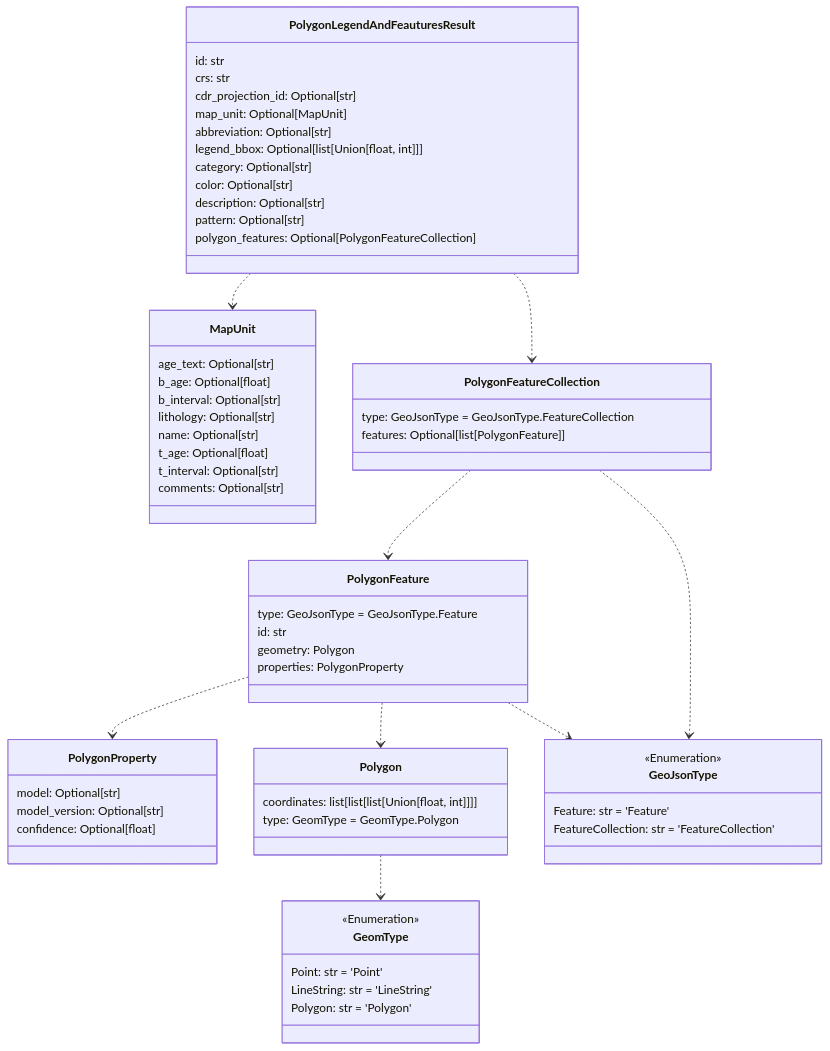
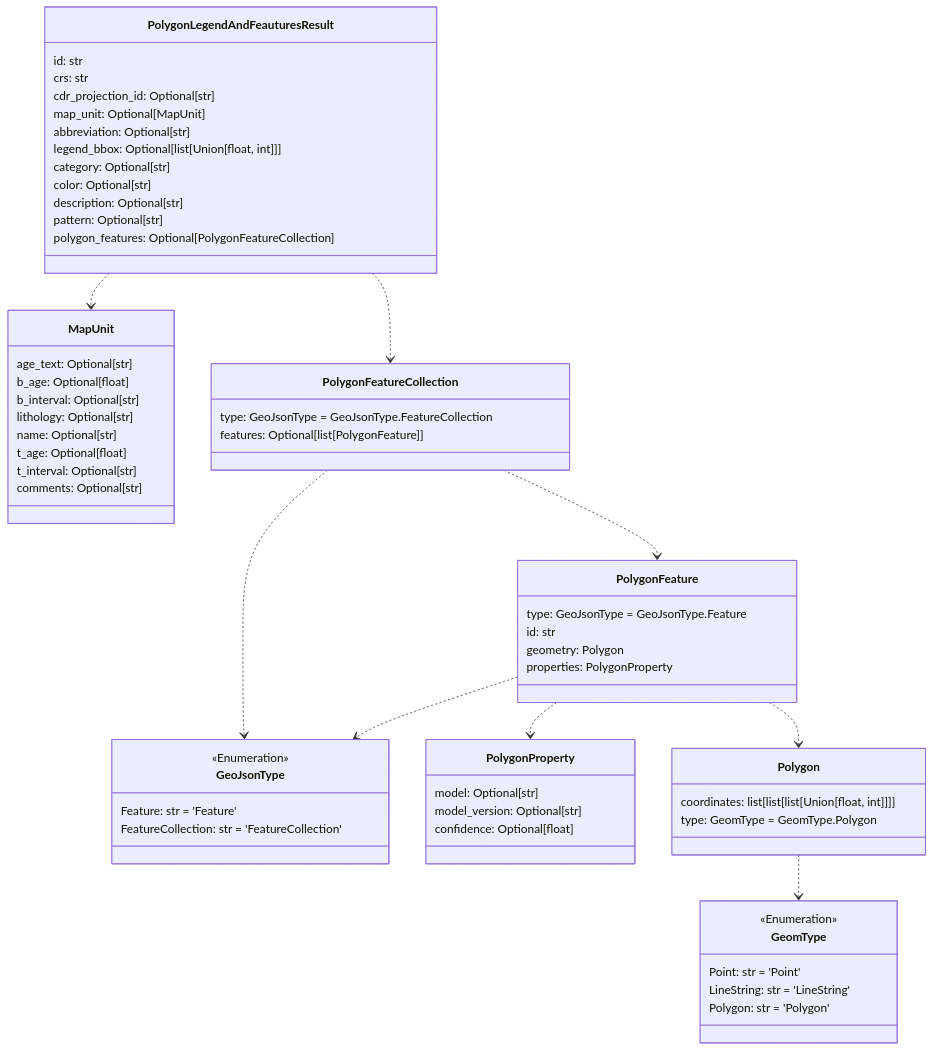
One commit to DARPA-CRITICALMAAS/cdr_schemas changed the sixth of 11 diagrams in README.md. Above: the diagram before and after it, drawn with Mermaid. The commit also changed other lines of this file and 6 other files, not shown here.

Commit message:
ta2 schemas, docs, results changes

````diff
--- a/README.md
+++ b/README.md
@@ -425,75 +425,75 @@
 ```mermaid
 classDiagram
 
-    class PolygonFeatureCollection {
-        type: GeoJsonType = GeoJsonType.FeatureCollection
-        features: Optional[list[PolygonFeature]]
+    class PolygonLegendAndFeauturesResult {
+        id: str
+        crs: str
+        cdr_projection_id: Optional[str]
+        map_unit: Optional[MapUnit]
+        abbreviation: Optional[str]
+        legend_bbox: Optional[list[Union[float, int]]]
+        category: Optional[str]
+        color: Optional[str]
+        description: Optional[str]
+        pattern: Optional[str]
+        polygon_features: Optional[PolygonFeatureCollection]
     }
 
-    class GeomType {
-        <<Enumeration>>
-        Point: str = 'Point'
-        LineString: str = 'LineString'
-        Polygon: str = 'Polygon'
+    class PolygonProperty {
+        model: Optional[str]
+        model_version: Optional[str]
+        confidence: Optional[float]
     }
 
     class PolygonFeature {
         type: GeoJsonType = GeoJsonType.Feature
         id: str
         geometry: Polygon
         properties: PolygonProperty
     }
 
     class GeoJsonType {
         <<Enumeration>>
         Feature: str = 'Feature'
         FeatureCollection: str = 'FeatureCollection'
     }
 
     class Polygon {
         coordinates: list[list[list[Union[float, int]]]]
         type: GeomType = GeomType.Polygon
     }
 
-    class PolygonProperty {
-        model: Optional[str]
-        model_version: Optional[str]
-        confidence: Optional[float]
+    class PolygonFeatureCollection {
+        type: GeoJsonType = GeoJsonType.FeatureCollection
+        features: Optional[list[PolygonFeature]]
+    }
+
+    class GeomType {
+        <<Enumeration>>
+        Point: str = 'Point'
+        LineString: str = 'LineString'
+        Polygon: str = 'Polygon'
     }
 
     class MapUnit {
         age_text: Optional[str]
         b_age: Optional[float]
         b_interval: Optional[str]
         lithology: Optional[str]
         name: Optional[str]
         t_age: Optional[float]
         t_interval: Optional[str]
         comments: Optional[str]
     }
 
-    class PolygonLegendAndFeauturesResult {
-        id: str
-        crs: str
-        cdr_projection_id: Optional[str]
-        map_unit: Optional[MapUnit]
-        abbreviation: Optional[str]
-        legend_bbox: Optional[list[Union[float, int]]]
-        category: Optional[str]
-        color: Optional[str]
-        description: Optional[str]
-        pattern: Optional[str]
-        polygon_features: Optional[PolygonFeatureCollection]
-    }
-
     Polygon ..> GeomType
+    PolygonFeature ..> GeoJsonType
     PolygonFeature ..> PolygonProperty
     PolygonFeature ..> Polygon
-    PolygonFeature ..> GeoJsonType
+    PolygonFeatureCollection ..> GeoJsonType
     PolygonFeatureCollection ..> PolygonFeature
-    PolygonFeatureCollection ..> GeoJsonType
     PolygonLegendAndFeauturesResult ..> MapUnit
     PolygonLegendAndFeauturesResult ..> PolygonFeatureCollection
 
 
 ```
````
